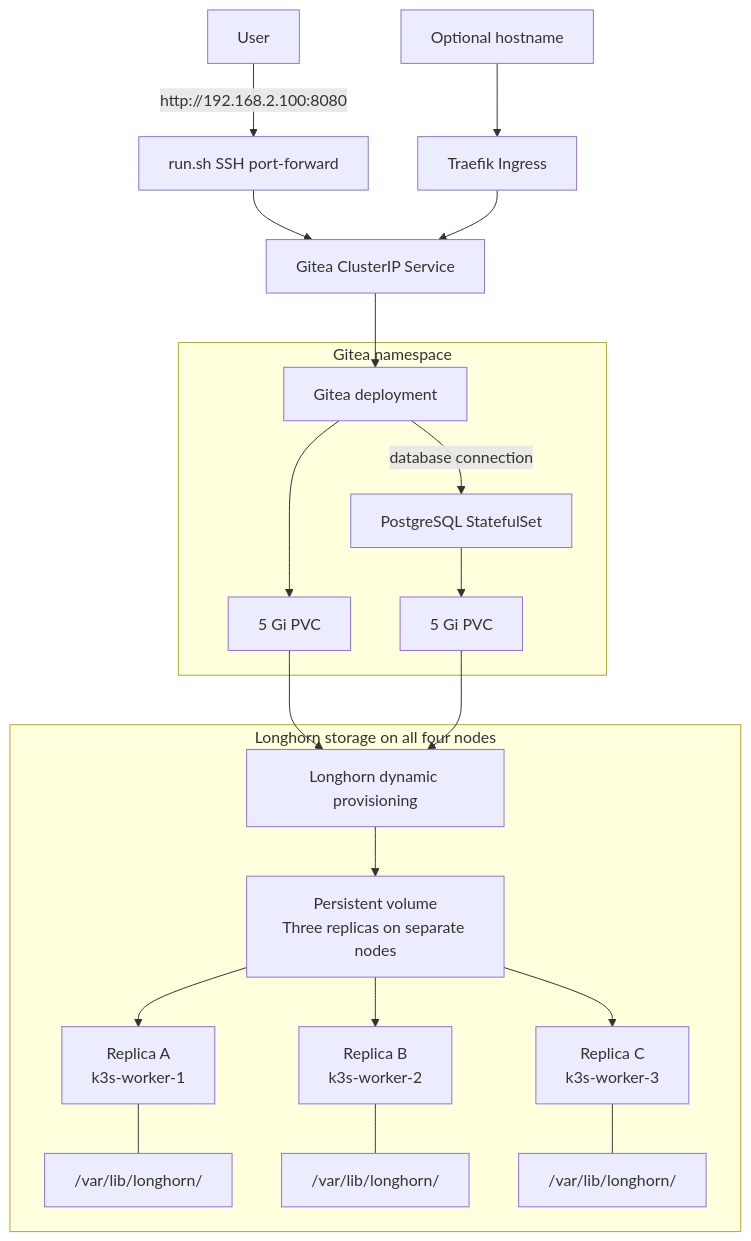
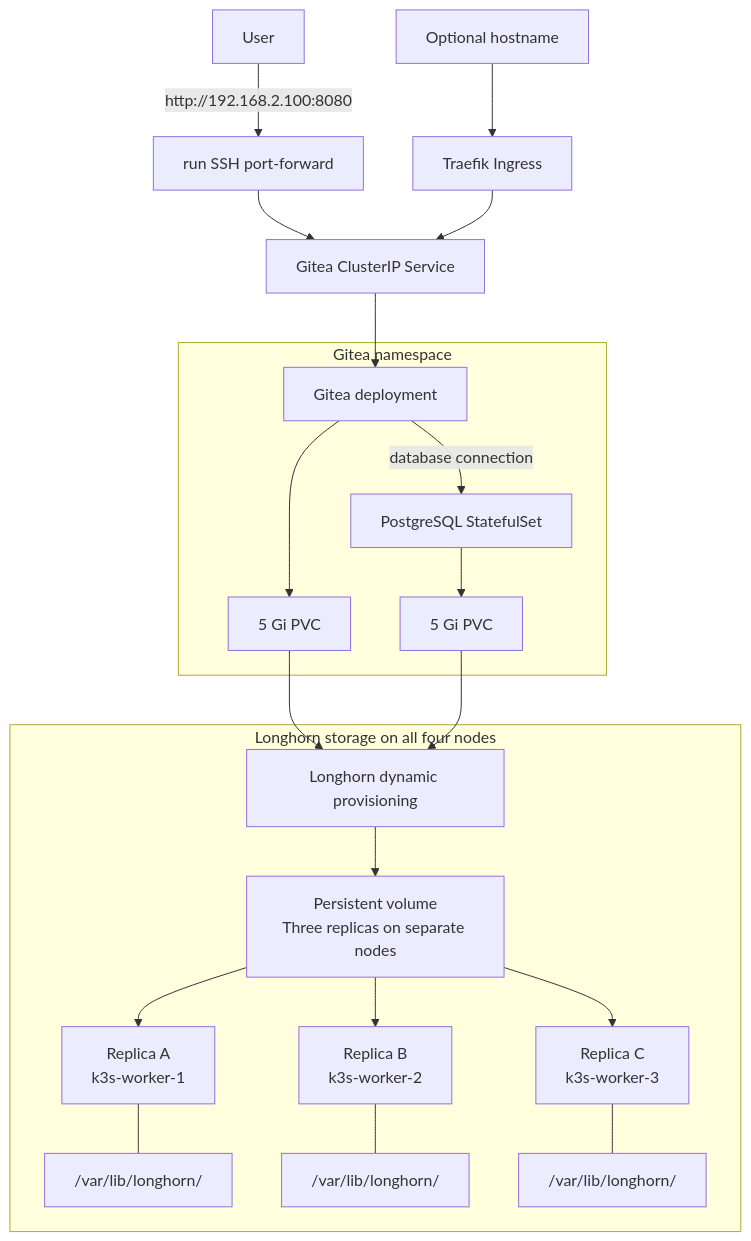
One commit to mardek/proxmox-k3s-gitea changed the first of 2 diagrams in README.md. Above: the diagram before and after it, drawn with Mermaid. The commit also changed other lines of this file and 25 other files, not shown here.

````diff
--- a/README.md
+++ b/README.md
@@ -44,27 +11,27 @@
 ```mermaid
 flowchart TB
     subgraph GiteaNS["Gitea namespace"]
         Gitea["Gitea deployment"] -->|"database connection"| PostgreSQL["PostgreSQL StatefulSet"]
         Gitea --> GiteaPVC["5 Gi PVC"]
         PostgreSQL --> DatabasePVC["5 Gi PVC"]
     end
 
     GiteaPVC --> Provisioner["Longhorn dynamic provisioning"]
     DatabasePVC --> Provisioner
 
     subgraph Storage["Longhorn storage on all four nodes"]
         Provisioner --> Volume["Persistent volume<br/>Three replicas on separate nodes"]
         Volume --> ReplicaA["Replica A<br/>k3s-worker-1"]
         Volume --> ReplicaB["Replica B<br/>k3s-worker-2"]
         Volume --> ReplicaC["Replica C<br/>k3s-worker-3"]
         ReplicaA --- PathA["/var/lib/longhorn/"]
         ReplicaB --- PathB["/var/lib/longhorn/"]
         ReplicaC --- PathC["/var/lib/longhorn/"]
     end
 
-    User["User"] -->|"http://192.168.2.100:8080"| Forward["run.sh SSH port-forward"]
+    User["User"] -->|"http://192.168.2.100:8080"| Forward["run SSH port-forward"]
     Forward --> Service["Gitea ClusterIP Service"]
     Service --> Gitea
     Optional["Optional hostname"] --> Ingress["Traefik Ingress"]
     Ingress --> Service
 ```
````
